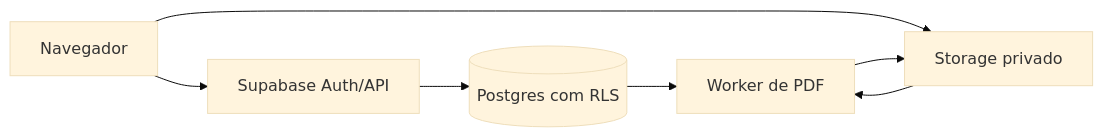
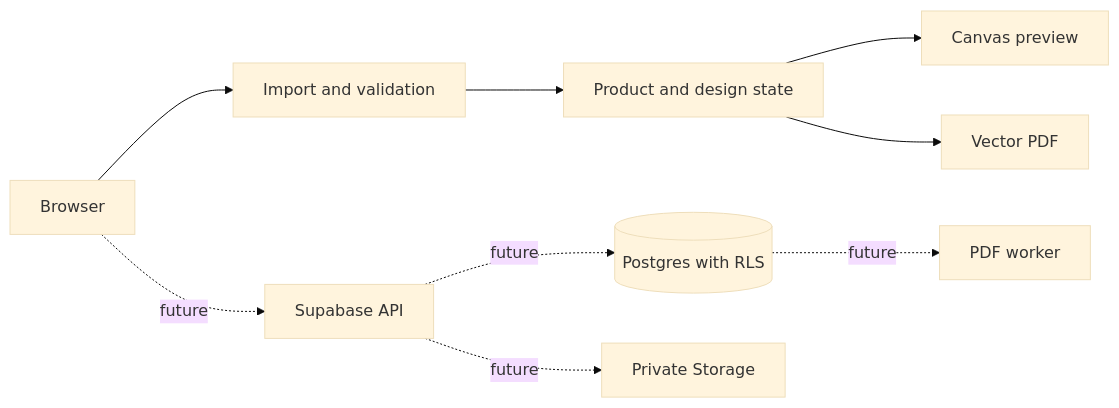
One commit to emanuel0711/cartaz-site changed the diagram in docs/AUDIT_HANDOFF.md. Above: the diagram before and after it, drawn with Mermaid (base theme). The commit also changed other lines of this file and 27 other files, not shown here.

````diff
--- a/docs/AUDIT_HANDOFF.md
+++ b/docs/AUDIT_HANDOFF.md
@@ -62,9 +81,11 @@
 ```mermaid
 flowchart LR
-  A[Navegador] --> B[Supabase Auth/API]
-  B --> C[(Postgres com RLS)]
-  A --> D[Storage privado]
-  C --> E[Worker de PDF]
-  D --> E
-  E --> D
+  A[Browser] --> B[Import and validation]
+  B --> C[Product and design state]
+  C --> D[Canvas preview]
+  C --> E[Vector PDF]
+  A -. future .-> F[Supabase API]
+  F -. future .-> G[(Postgres with RLS)]
+  F -. future .-> H[Private Storage]
+  G -. future .-> I[PDF worker]
 ```
````
